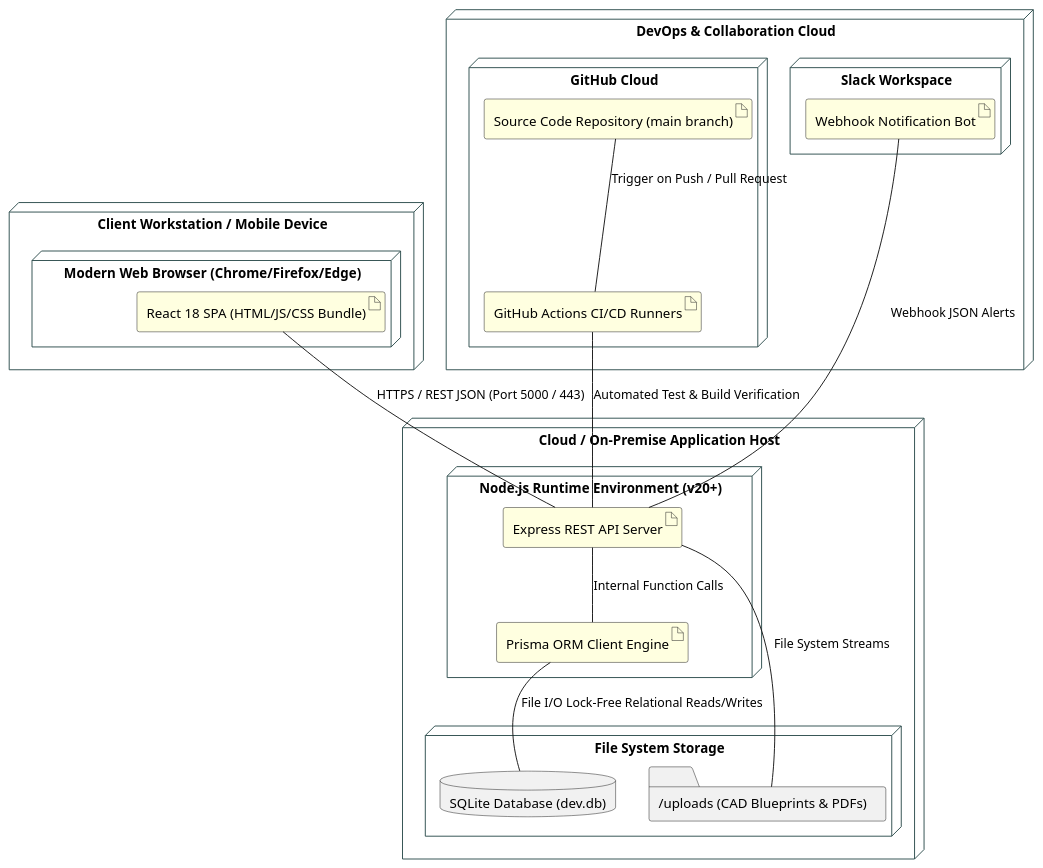
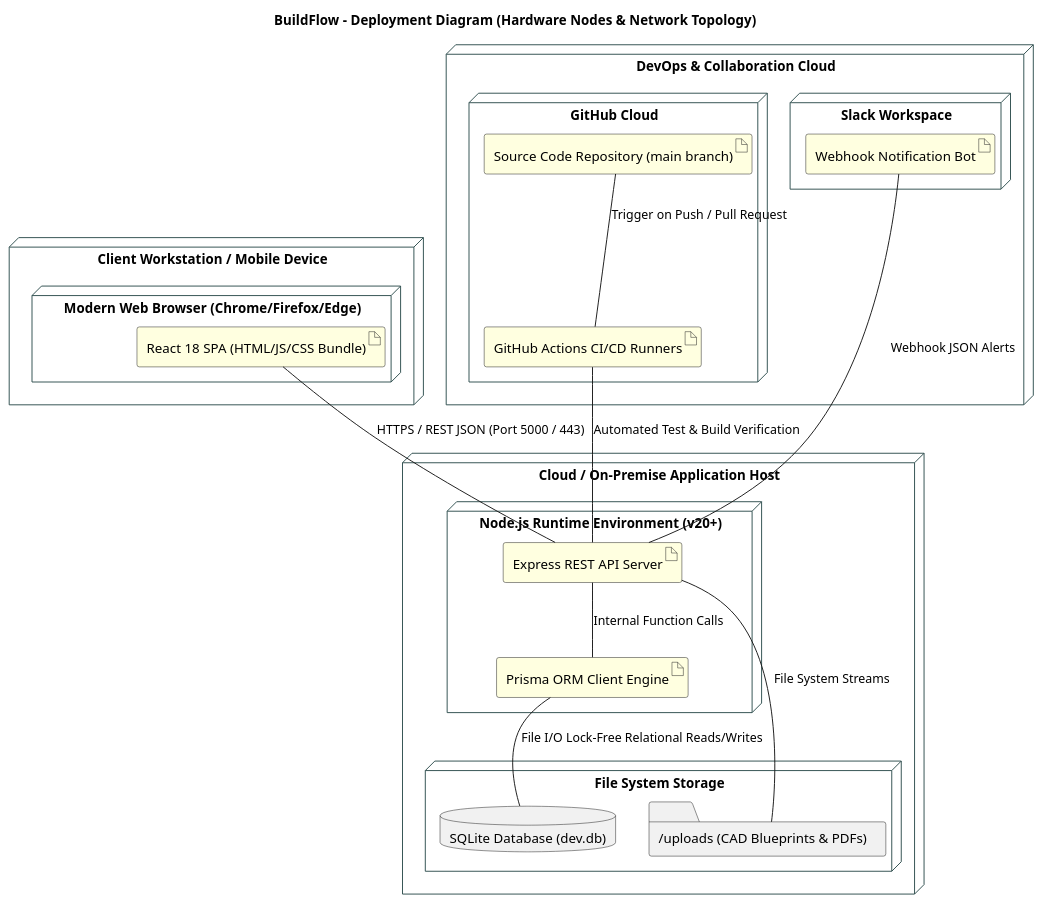
One commit to Shaunakrane914/BuildFlow changed the diagram in docs/uml/deployment_diagram.puml. Above: the diagram before and after it, drawn with PlantUML. The commit also changed 8 other files, not shown here.

Commit message:
style(uml): add explicit title headings to all 9 PlantUML diagram files

```diff
--- a/docs/uml/deployment_diagram.puml
+++ b/docs/uml/deployment_diagram.puml
@@ -1,48 +1,49 @@
 @startuml BuildFlow_Deployment_Diagram
+title BuildFlow - Deployment Diagram (Hardware Nodes & Network Topology)
 skinparam node {
   BackgroundColor White
   BorderColor DarkSlateGray
 }
 skinparam artifact {
   BackgroundColor LightYellow
 }
 
 node "Client Workstation / Mobile Device" as ClientNode {
   node "Modern Web Browser (Chrome/Firefox/Edge)" {
     artifact "React 18 SPA (HTML/JS/CSS Bundle)" as SPA
   }
 }
 
 node "Cloud / On-Premise Application Host" as AppServer {
   node "Node.js Runtime Environment (v20+)" {
     artifact "Express REST API Server" as APIApp
     artifact "Prisma ORM Client Engine" as PrismaEngine
   }
   
   node "File System Storage" {
     database "SQLite Database (dev.db)" as SQLiteDB
     folder "/uploads (CAD Blueprints & PDFs)" as Uploads
   }
 }
 
 node "DevOps & Collaboration Cloud" as CloudServices {
   node "GitHub Cloud" {
     artifact "Source Code Repository (main branch)" as GitRepo
     artifact "GitHub Actions CI/CD Runners" as Runners
   }
   
   node "Slack Workspace" {
     artifact "Webhook Notification Bot" as SlackBot
   }
 }
 
 SPA -- APIApp : HTTPS / REST JSON (Port 5000 / 443)
 APIApp -- PrismaEngine : Internal Function Calls
 PrismaEngine -- SQLiteDB : File I/O Lock-Free Relational Reads/Writes
 APIApp -- Uploads : File System Streams
 
 GitRepo -- Runners : Trigger on Push / Pull Request
 Runners -- APIApp : Automated Test & Build Verification
 APIApp -- SlackBot : Webhook JSON Alerts
 
 @enduml
```
